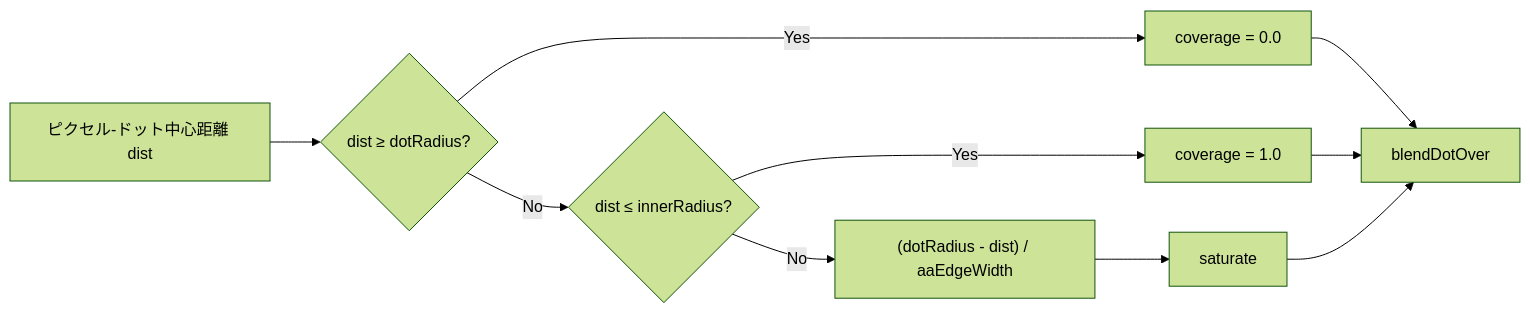
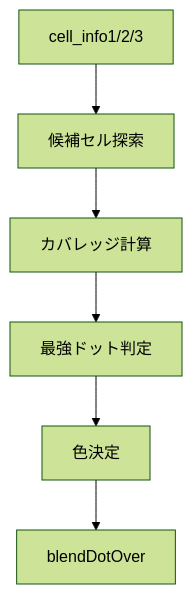
Before and after one commit to mug-lab-3/DaVinciResolveEffects: the seventh of 8 diagrams in fuses/MugSimpleHalftone.md, drawn with Mermaid (forest theme). The commit also changed other lines of this file, not shown here.

````diff
--- a/fuses/MugSimpleHalftone.md
+++ b/fuses/MugSimpleHalftone.md
@@ -314,13 +220,8 @@
 ```mermaid
-graph LR
-    A[ピクセル-ドット中心距離 dist] --> B{dist ≥ dotRadius?}
-    B -->|Yes| C[coverage = 0.0]
-    B -->|No| D{dist ≤ innerRadius?}
-    D -->|Yes| E[coverage = 1.0]
-    D -->|No| F["(dotRadius - dist) / aaEdgeWidth"]
-    F --> G[saturate]
-
-    C --> H[blendDotOver]
-    E --> H
-    G --> H
+graph TD
+    A[cell_info1/2/3] --> B[候補セル探索]
+    B --> C[カバレッジ計算]
+    C --> D[最強ドット判定]
+    D --> E[色決定]
+    E --> F[blendDotOver]
 ```
````
